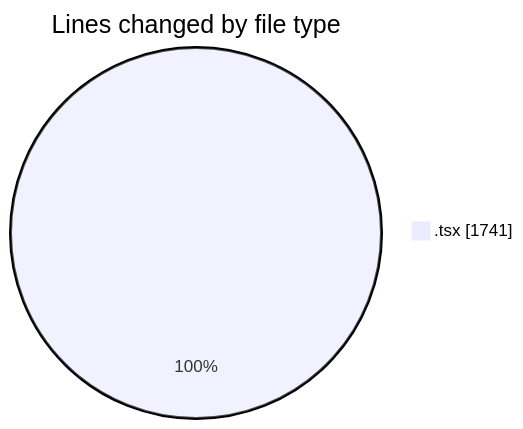
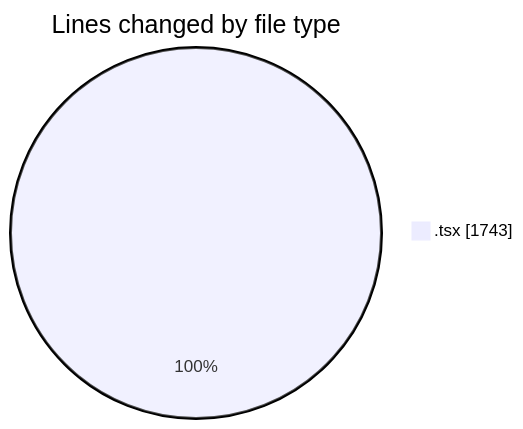
One commit to nxtqubesakshisongat/code-tracking changed the first of 2 diagrams in 2026-05-10/nxtqube_webapp/README.md. Above: the diagram before and after it, drawn with Mermaid. The commit also changed other lines of this file and 1 other file, not shown here.

````diff
--- a/2026-05-10/nxtqube_webapp/README.md
+++ b/2026-05-10/nxtqube_webapp/README.md
@@ -20,5 +20,5 @@
 ```mermaid
 pie showData
 title Lines changed by file type
-".tsx" : 1741
+".tsx" : 1743
 ```
````
